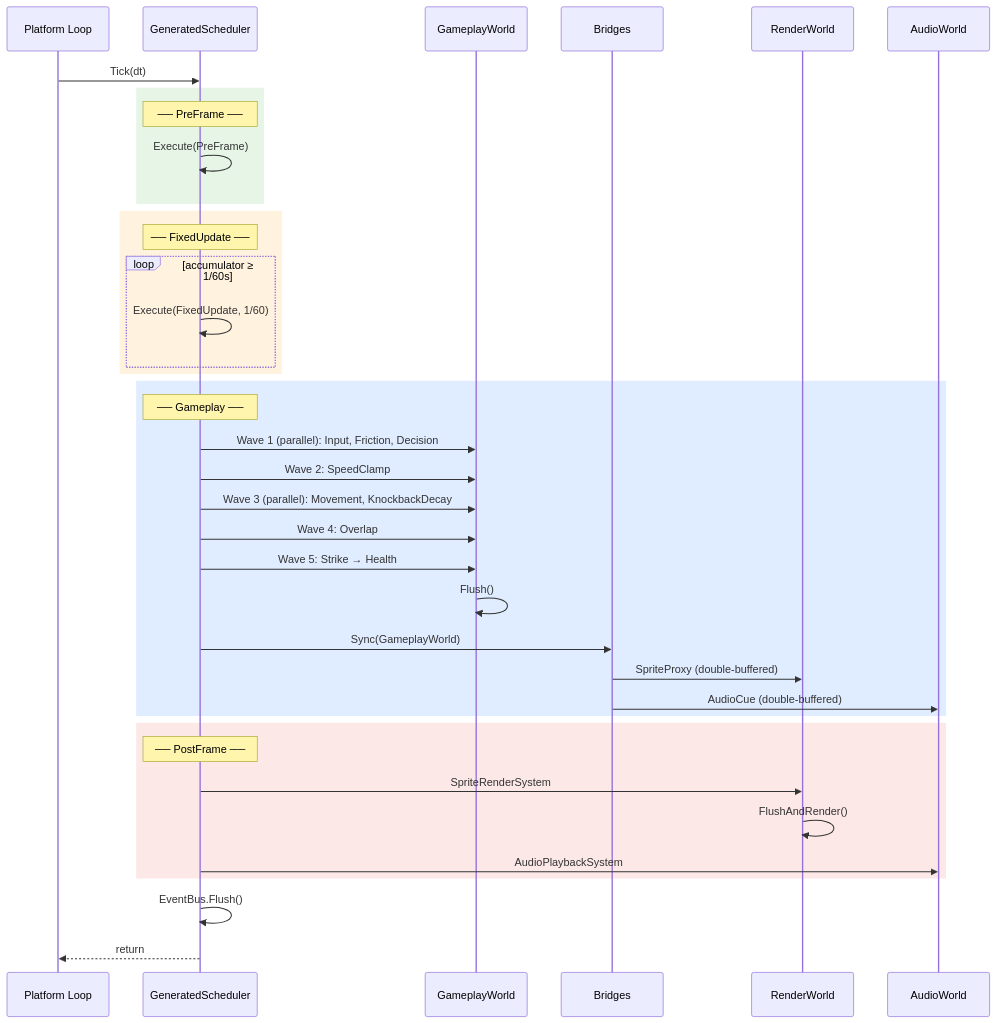
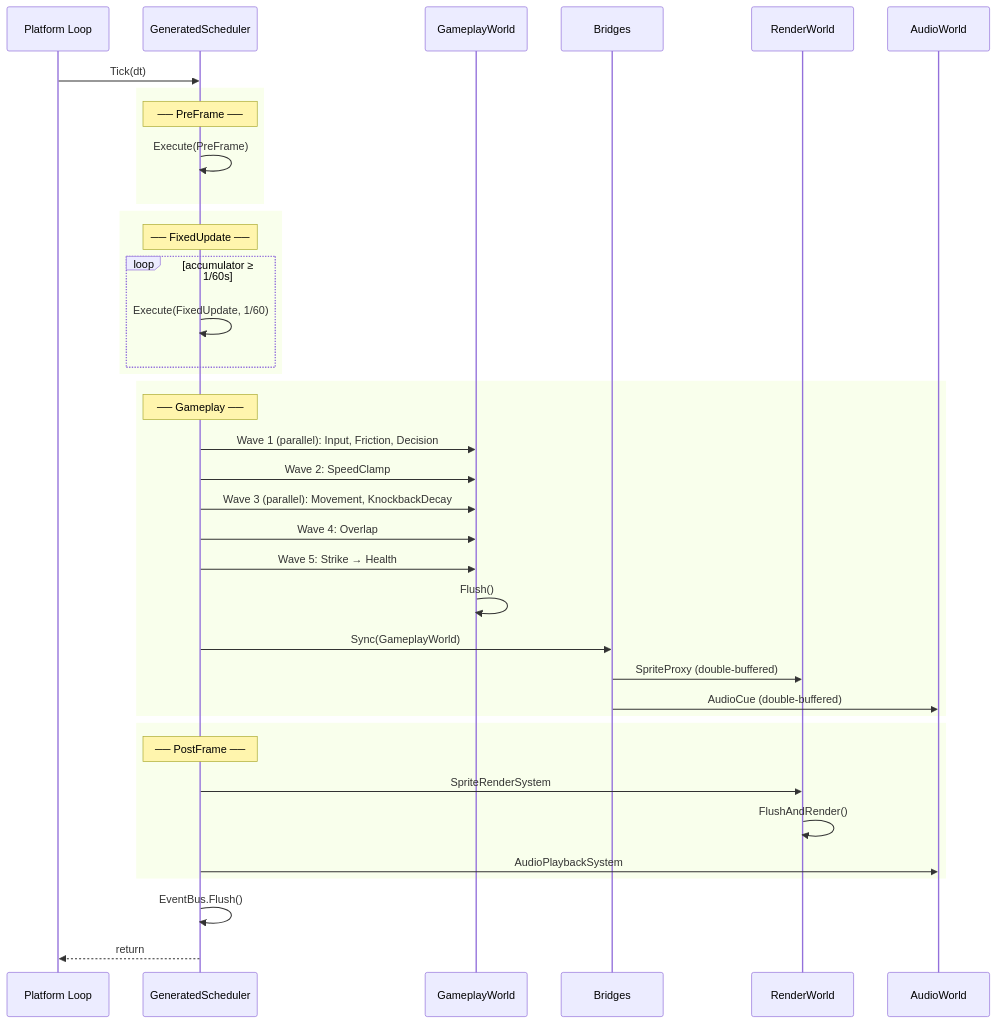
Diagram 20 of 21 in src/content/articles/another-way-to-engineer-a-game.md (fm39hz/fm39hz-blogs), drawn with Mermaid before and after one commit. The commit also changed other lines of this file, not shown here.

````diff
--- a/src/content/articles/another-way-to-engineer-a-game.md
+++ b/src/content/articles/another-way-to-engineer-a-game.md
@@ -888,46 +847,46 @@
 ```mermaid
 sequenceDiagram
     participant P as Platform Loop
     participant S as GeneratedScheduler
     participant GW as GameplayWorld
     participant B as Bridges
     participant RW as RenderWorld
     participant AW as AudioWorld
 
     P->>S: Tick(dt)
 
-    rect rgb(230, 245, 230)
+    rect
         Note over S: ── PreFrame ──
         S->>S: Execute(PreFrame)
     end
 
-    rect rgb(255, 243, 224)
+    rect
         Note over S: ── FixedUpdate ──
         loop accumulator ≥ 1/60s
             S->>S: Execute(FixedUpdate, 1/60)
         end
     end
 
-    rect rgb(224, 236, 255)
+    rect
         Note over S: ── Gameplay ──
         S->>GW: Wave 1 (parallel): Input, Friction, Decision
         S->>GW: Wave 2: SpeedClamp
         S->>GW: Wave 3 (parallel): Movement, KnockbackDecay
         S->>GW: Wave 4: Overlap
         S->>GW: Wave 5: Strike → Health
         GW->>GW: Flush()
         S->>B: Sync(GameplayWorld)
         B->>RW: SpriteProxy (double-buffered)
         B->>AW: AudioCue (double-buffered)
     end
 
-    rect rgb(253, 232, 232)
+    rect
         Note over S: ── PostFrame ──
         S->>RW: SpriteRenderSystem
         RW->>RW: FlushAndRender()
         S->>AW: AudioPlaybackSystem
     end
 
     S->>S: EventBus.Flush()
     S-->>P: return
 ```
````
